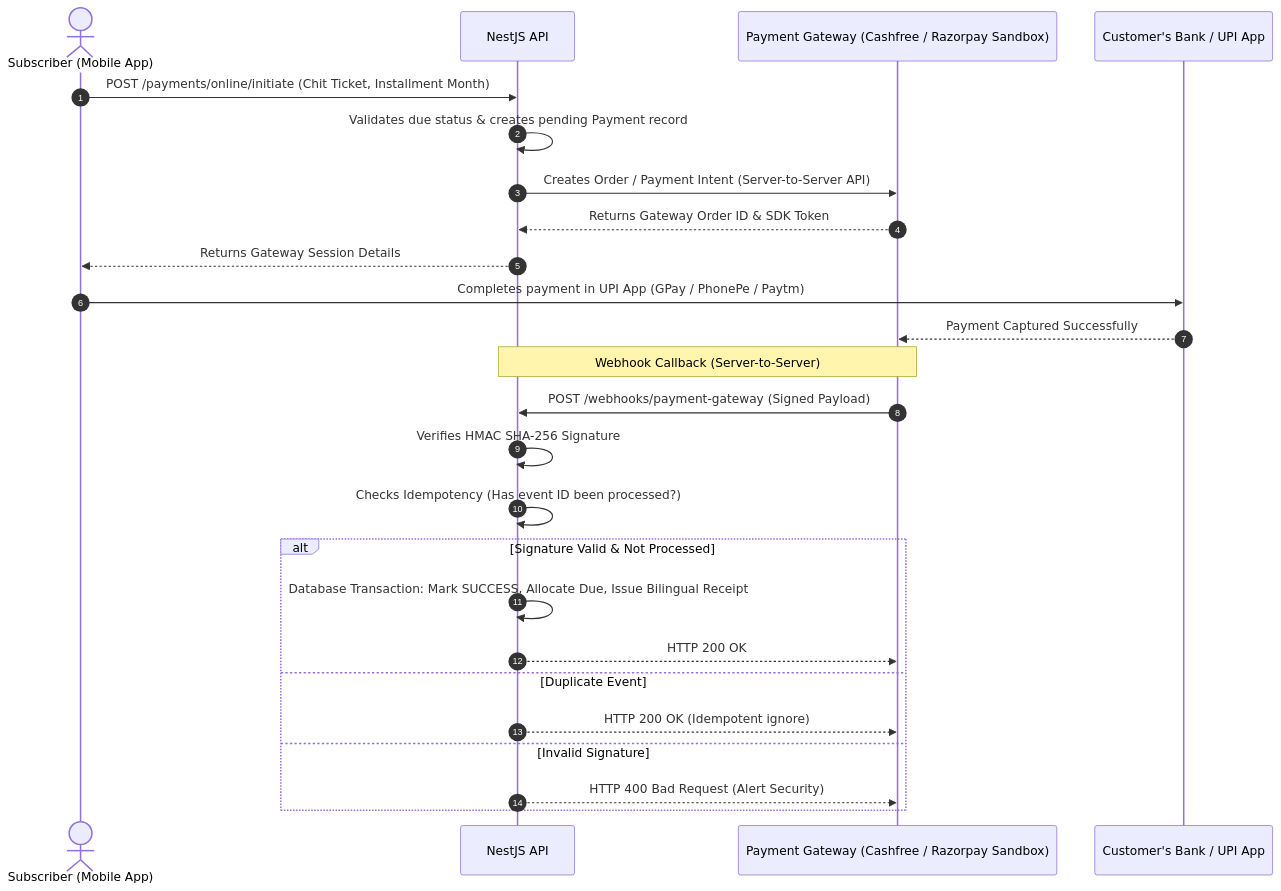
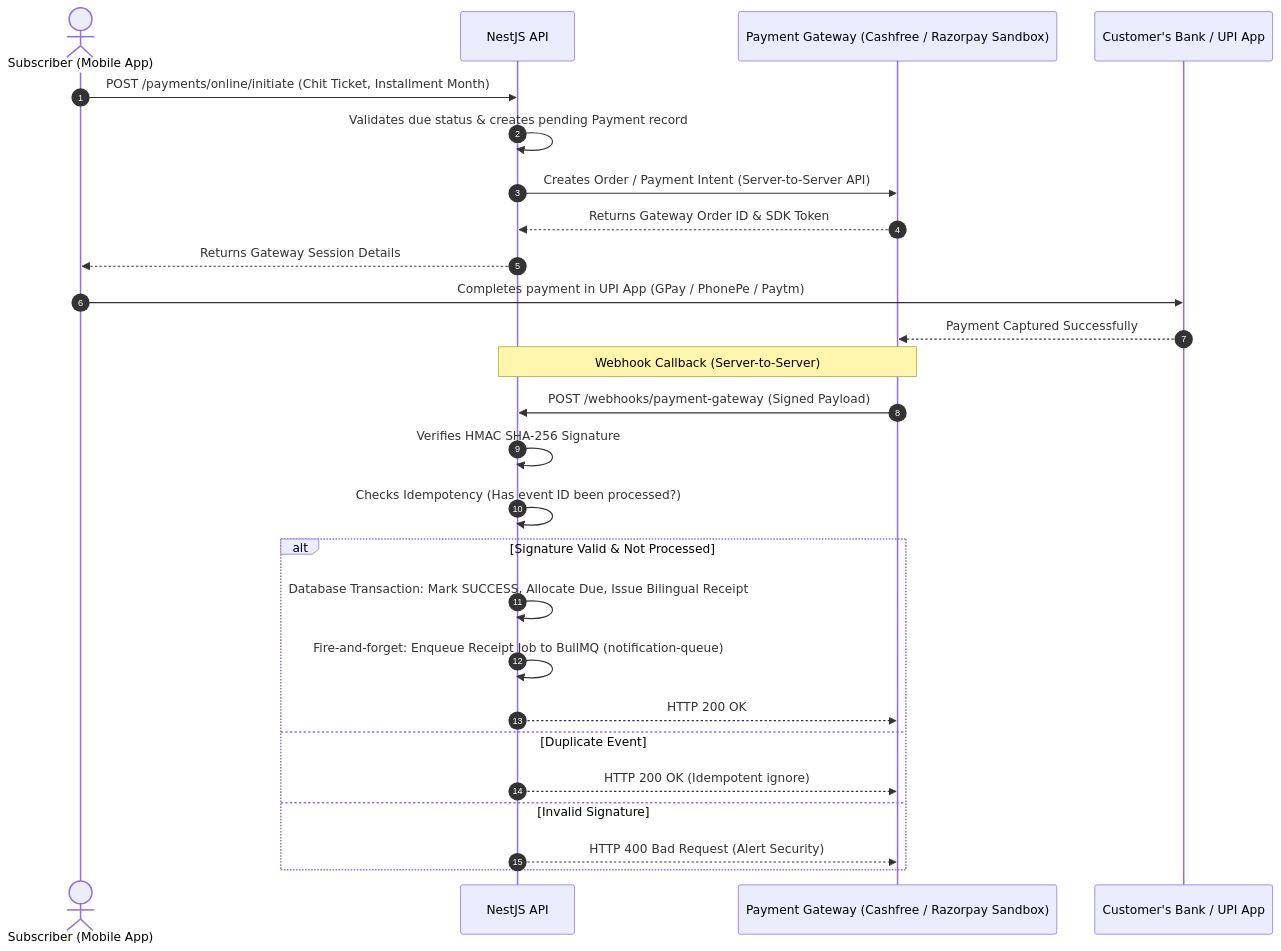
One commit to Kathir-24/Kumaran-finance changed the first of 2 diagrams in docs/05-testing/payment-integration.md. Above: the diagram before and after it, drawn with Mermaid. The commit also changed 25 other files, not shown here.

````diff
--- a/docs/05-testing/payment-integration.md
+++ b/docs/05-testing/payment-integration.md
@@ -10,30 +10,31 @@
 ```mermaid
 sequenceDiagram
     autonumber
     actor Customer as Subscriber (Mobile App)
     participant Backend as NestJS API
     participant PG as Payment Gateway (Cashfree / Razorpay Sandbox)
     participant Bank as Customer's Bank / UPI App
 
     Customer->>Backend: POST /payments/online/initiate (Chit Ticket, Installment Month)
     Backend->>Backend: Validates due status & creates pending Payment record
     Backend->>PG: Creates Order / Payment Intent (Server-to-Server API)
     PG-->>Backend: Returns Gateway Order ID & SDK Token
     Backend-->>Customer: Returns Gateway Session Details
     Customer->>Bank: Completes payment in UPI App (GPay / PhonePe / Paytm)
     Bank-->>PG: Payment Captured Successfully
 
     Note over PG,Backend: Webhook Callback (Server-to-Server)
 
     PG->>Backend: POST /webhooks/payment-gateway (Signed Payload)
     Backend->>Backend: Verifies HMAC SHA-256 Signature
     Backend->>Backend: Checks Idempotency (Has event ID been processed?)
     alt Signature Valid & Not Processed
         Backend->>Backend: Database Transaction: Mark SUCCESS, Allocate Due, Issue Bilingual Receipt
+        Backend->>Backend: Fire-and-forget: Enqueue Receipt Job to BullMQ (notification-queue)
         Backend-->>PG: HTTP 200 OK
     else Duplicate Event
         Backend-->>PG: HTTP 200 OK (Idempotent ignore)
     else Invalid Signature
         Backend-->>PG: HTTP 400 Bad Request (Alert Security)
     end
 ```
````
